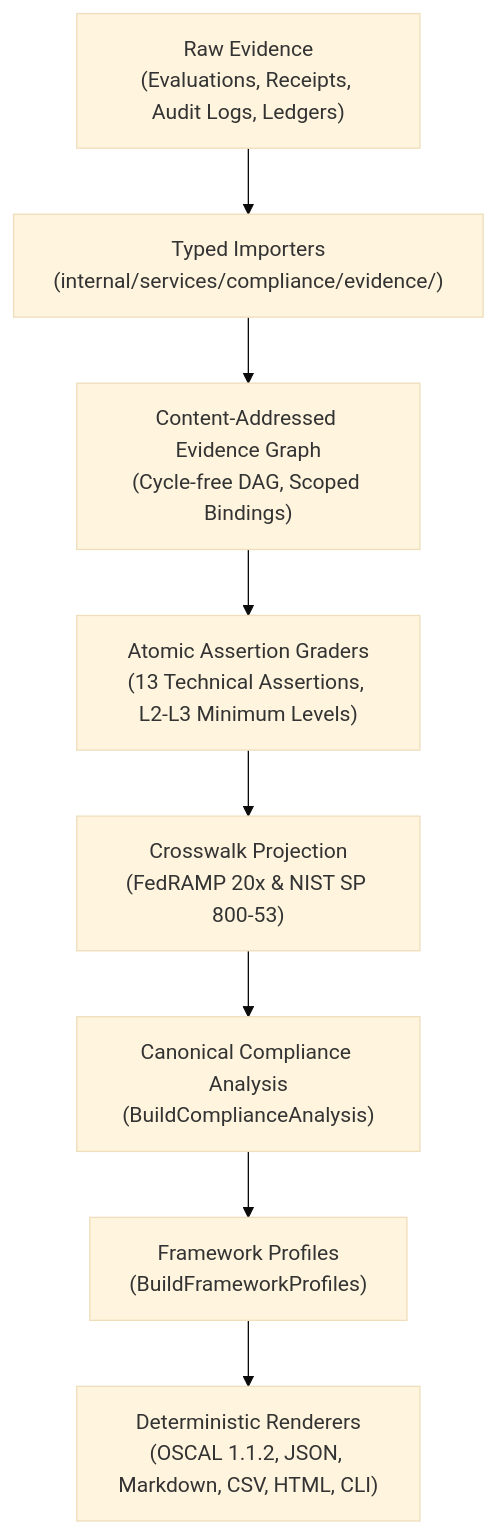
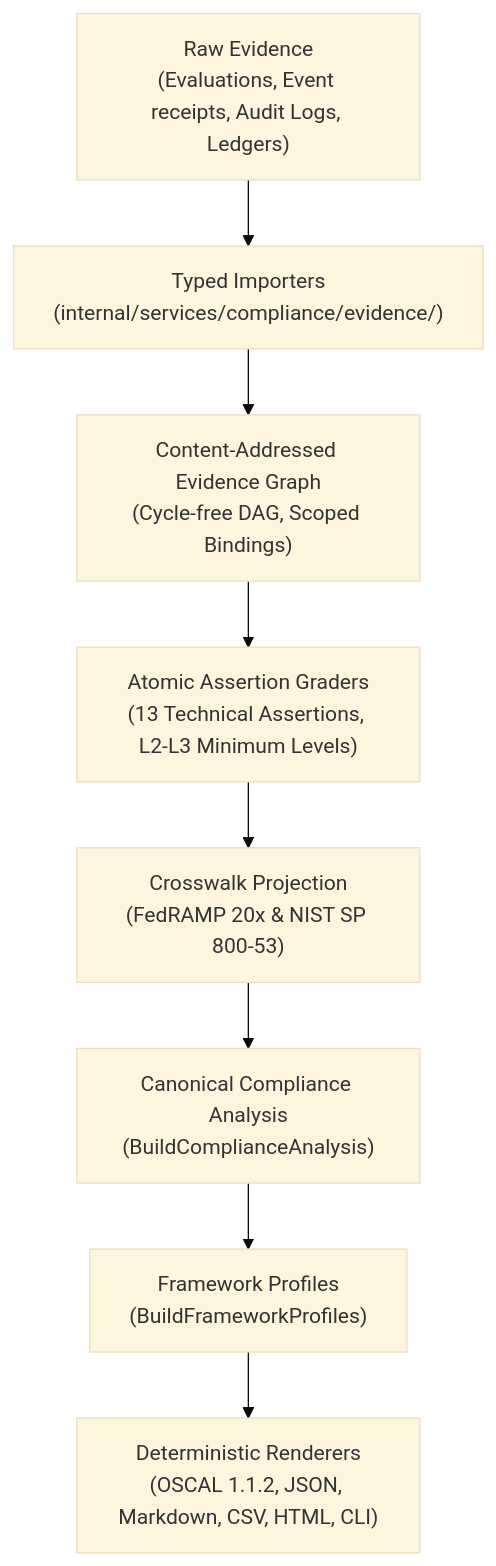
Before and after one commit to zerotrustdata/ztd: the diagram in docs/reference/compliance-alignment.md, drawn with Mermaid (base theme). The commit also changed other lines of this file and 572 other files, not shown here.

First line of the commit message:
rename receipts to event receipts with no compatibility

````diff
--- a/docs/reference/compliance-alignment.md
+++ b/docs/reference/compliance-alignment.md
@@ -58,10 +58,10 @@
 ```mermaid
 flowchart TD
-    A["Raw Evidence\n(Evaluations, Receipts, Audit Logs, Ledgers)"] --> B["Typed Importers\n(internal/services/compliance/evidence/)"]
+    A["Raw Evidence\n(Evaluations, Event receipts, Audit Logs, Ledgers)"] --> B["Typed Importers\n(internal/services/compliance/evidence/)"]
     B --> C["Content-Addressed Evidence Graph\n(Cycle-free DAG, Scoped Bindings)"]
     C --> D["Atomic Assertion Graders\n(13 Technical Assertions, L2-L3 Minimum Levels)"]
     D --> E["Crosswalk Projection\n(FedRAMP 20x & NIST SP 800-53)"]
     E --> F["Canonical Compliance Analysis\n(BuildComplianceAnalysis)"]
     F --> G["Framework Profiles\n(BuildFrameworkProfiles)"]
     G --> H["Deterministic Renderers\n(OSCAL 1.1.2, JSON, Markdown, CSV, HTML, CLI)"]
 ```
````
